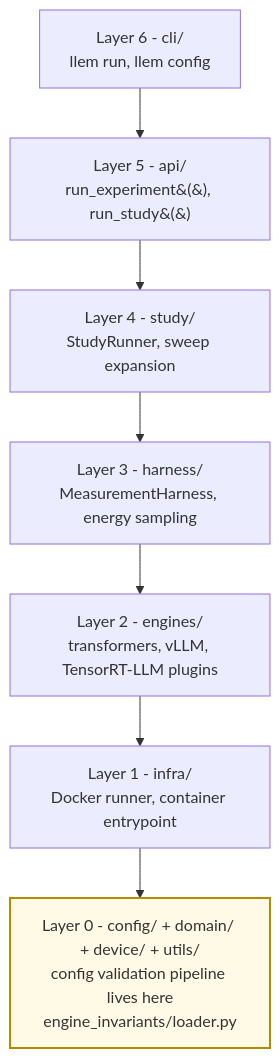
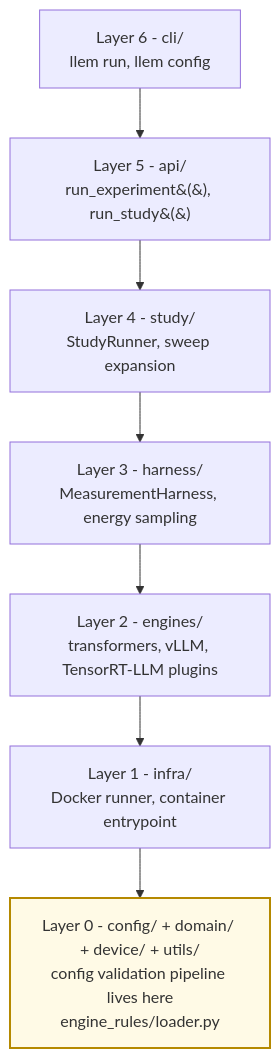
Before and after one commit to henrycgbaker/LLenergyMeasure: the second of 3 diagrams in docs/explanation/architecture/architecture-overview.md, drawn with Mermaid. The commit also changed other lines of this file and 55 other files, not shown here.

First line of the commit message:
refactor(config): rename engine invariants artefacts and loader to rules

````diff
--- a/docs/explanation/architecture/architecture-overview.md
+++ b/docs/explanation/architecture/architecture-overview.md
@@ -81,15 +81,15 @@
 ```mermaid
 flowchart TD
     L6["Layer 6 - cli/<br/>llem run, llem config"]
     L5["Layer 5 - api/<br/>run_experiment&#40;&#41;, run_study&#40;&#41;"]
     L4["Layer 4 - study/<br/>StudyRunner, sweep expansion"]
     L3["Layer 3 - harness/<br/>MeasurementHarness, energy sampling"]
     L2["Layer 2 - engines/<br/>transformers, vLLM, TensorRT-LLM plugins"]
     L1["Layer 1 - infra/<br/>Docker runner, container entrypoint"]
-    L0["Layer 0 - config/ + domain/ + device/ + utils/<br/>config validation pipeline lives here<br/>engine_invariants/loader.py"]
+    L0["Layer 0 - config/ + domain/ + device/ + utils/<br/>config validation pipeline lives here<br/>engine_rules/loader.py"]
 
     L6 --> L5 --> L4 --> L3 --> L2 --> L1 --> L0
 
     classDef target fill:#fffae6,stroke:#b58900,stroke-width:2px;
     class L0 target;
 ```
````
